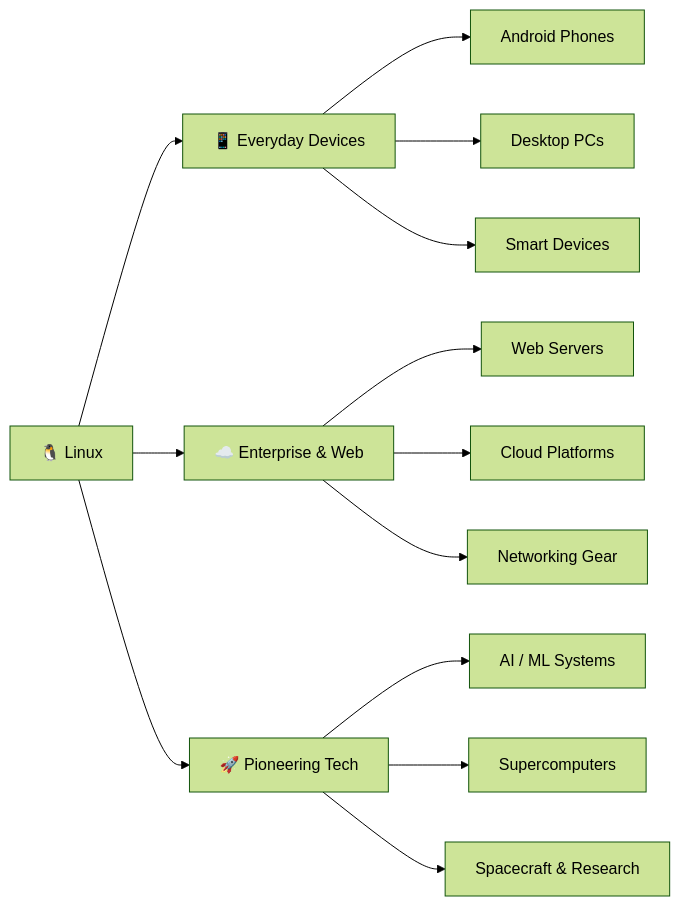
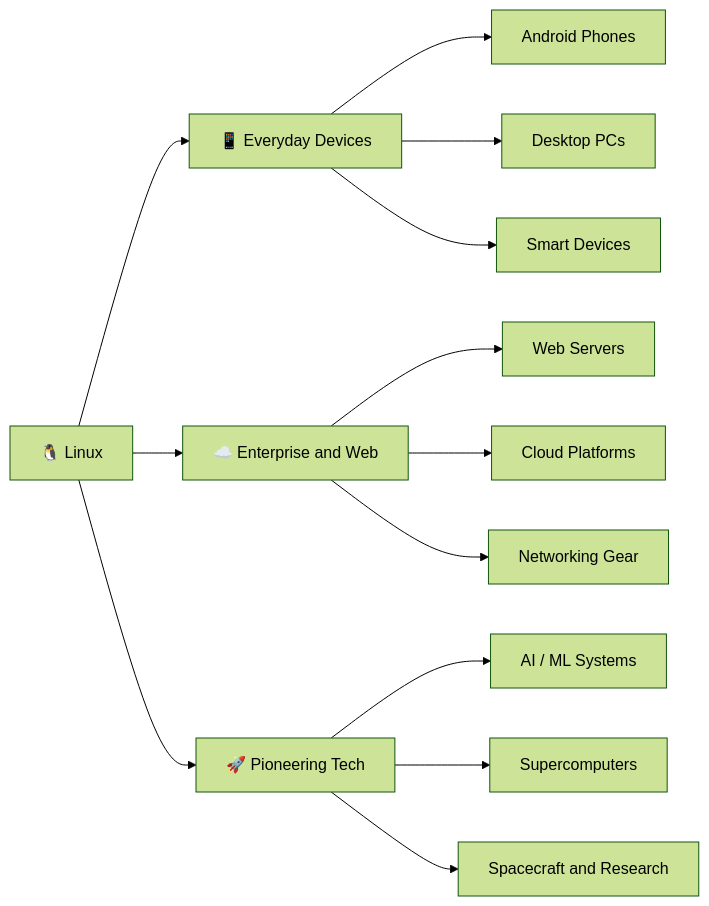
Before and after one commit to Harshajaya13/Foss-Club: the first of 3 diagrams in 01 - Understanding Linux/01 - The Spark.md, drawn with Mermaid (forest theme). The commit also changed 3 other files, not shown here.

Commit message:
fix raw ampersands in Mermaid and link contributing guide prominently in README

````diff
--- a/01 - Understanding Linux/01 - The Spark.md
+++ b/01 - Understanding Linux/01 - The Spark.md
@@ -58,18 +58,18 @@
 ```mermaid
 graph LR
     Linux["🐧 Linux"] --> Everyday["📱 Everyday Devices"]
-    Linux --> Enterprise["☁️ Enterprise & Web"]
+    Linux --> Enterprise["☁️ Enterprise and Web"]
     Linux --> Advanced["🚀 Pioneering Tech"]
 
     Everyday --> Everyday1["Android Phones"]
     Everyday --> Everyday2["Desktop PCs"]
     Everyday --> Everyday3["Smart Devices"]
 
     Enterprise --> Enterprise1["Web Servers"]
     Enterprise --> Enterprise2["Cloud Platforms"]
     Enterprise --> Enterprise3["Networking Gear"]
 
     Advanced --> Advanced1["AI / ML Systems"]
     Advanced --> Advanced2["Supercomputers"]
-    Advanced --> Advanced3["Spacecraft & Research"]
+    Advanced --> Advanced3["Spacecraft and Research"]
 ```
````
